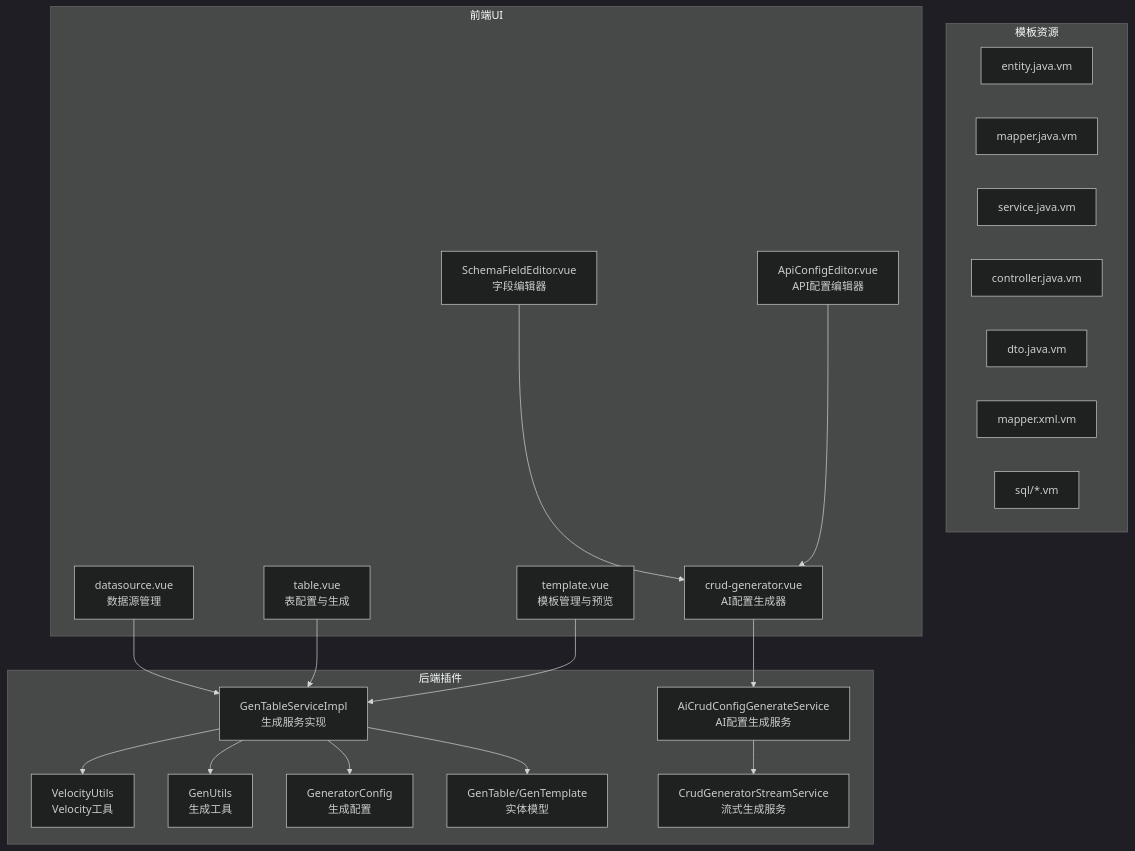
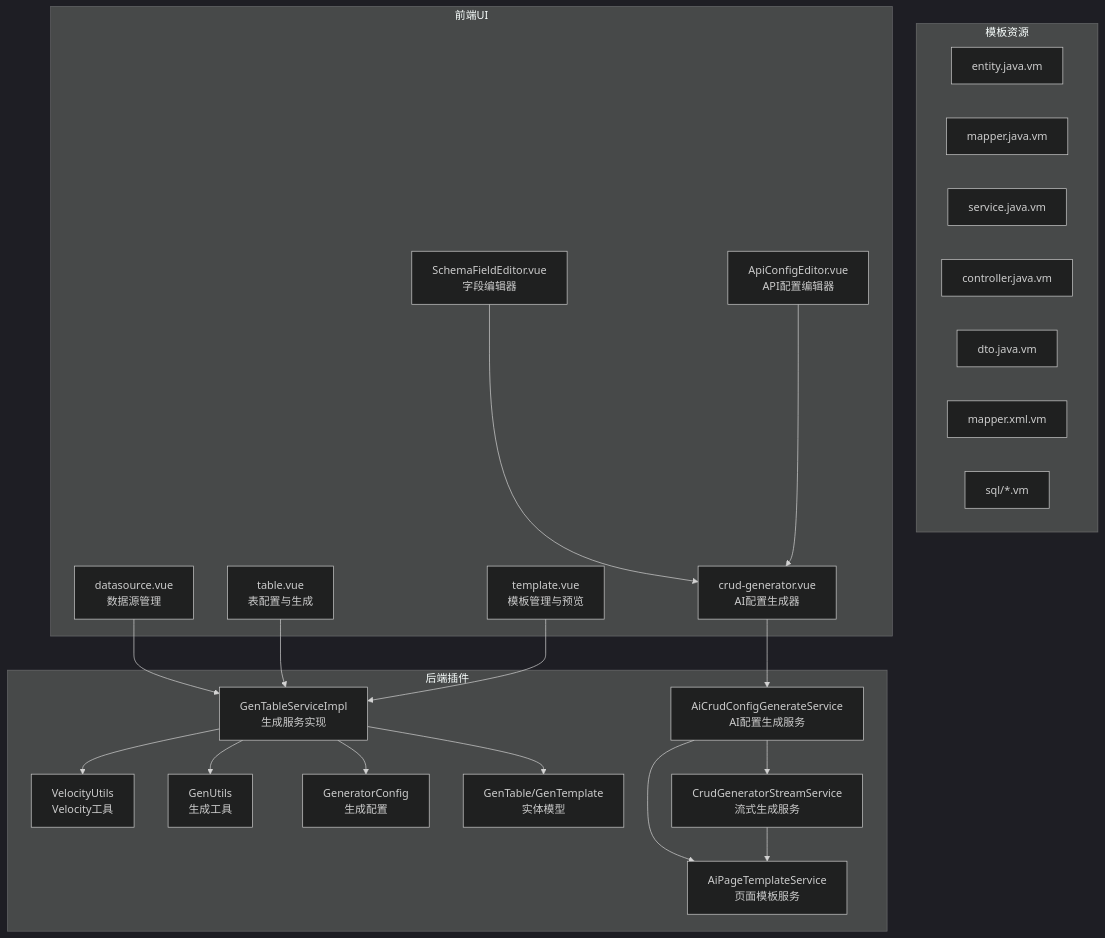
Before and after one commit to yaomindong1996/forge-admin: the first of 11 diagrams in .qoder/repowiki/zh/content/核心功能模块/代码生成器/代码生成器.md, drawn with Mermaid (dark theme). The commit also changed other lines of this file and 7 other files, not shown here.

````diff
--- a/.qoder/repowiki/zh/content/核心功能模块/代码生成器/代码生成器.md
+++ b/.qoder/repowiki/zh/content/核心功能模块/代码生成器/代码生成器.md
@@ -64,40 +69,43 @@
 ```mermaid
 graph TB
 subgraph "后端插件"
 A["GenTableServiceImpl<br/>生成服务实现"]
 B["VelocityUtils<br/>Velocity工具"]
 C["GenUtils<br/>生成工具"]
 D["GeneratorConfig<br/>生成配置"]
 E["GenTable/GenTemplate<br/>实体模型"]
 F["AiCrudConfigGenerateService<br/>AI配置生成服务"]
 G["CrudGeneratorStreamService<br/>流式生成服务"]
+H["AiPageTemplateService<br/>页面模板服务"]
 end
 subgraph "模板资源"
 T1["entity.java.vm"]
 T2["mapper.java.vm"]
 T3["service.java.vm"]
 T4["controller.java.vm"]
 T5["dto.java.vm"]
 T6["mapper.xml.vm"]
 T7["sql/*.vm"]
 end
 subgraph "前端UI"
 U1["datasource.vue<br/>数据源管理"]
 U2["table.vue<br/>表配置与生成"]
 U3["template.vue<br/>模板管理与预览"]
 U4["crud-generator.vue<br/>AI配置生成器"]
 U5["SchemaFieldEditor.vue<br/>字段编辑器"]
 U6["ApiConfigEditor.vue<br/>API配置编辑器"]
 end
 A --> B
 A --> C
 A --> D
 A --> E
 F --> G
+F --> H
+G --> H
 U1 --> A
 U2 --> A
 U3 --> A
 U4 --> F
 U5 --> U4
 U6 --> U4
 ```
````
